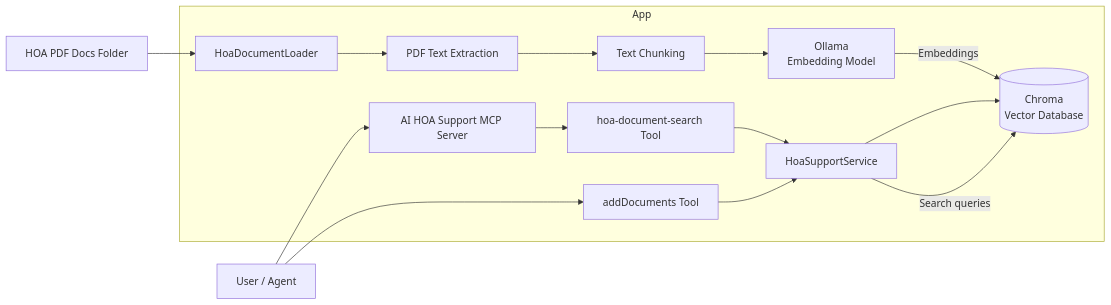
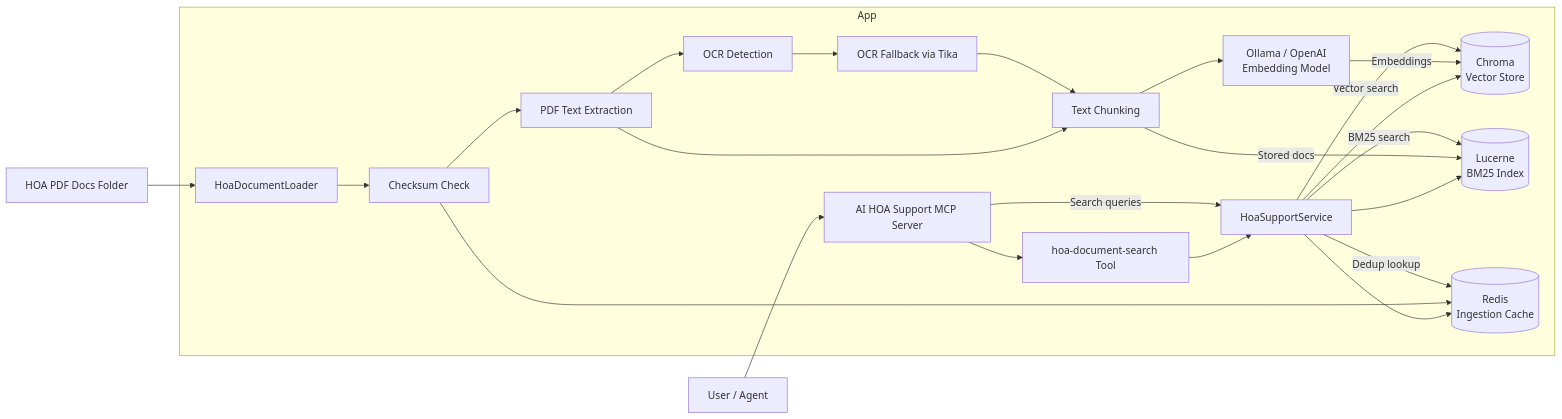
One commit to n-kishore1983/ai-hoa-support changed the diagram in README.md. Above: the diagram before and after it, drawn with Mermaid. The commit also changed other lines of this file, not shown here.

````diff
--- a/README.md
+++ b/README.md
@@ -9,29 +9,42 @@
 ```mermaid
 flowchart LR
     A[User / Agent] --> B[AI HOA Support MCP Server]
     B --> C[hoa-document-search Tool]
     C --> D[HoaSupportService]
-    D --> E[(Chroma\nVector Database)]
+    D --> E[(Chroma\nVector Store)]
+    D --> F[(Lucerne\nBM25 Index)]
+    D --> G[(Redis\nIngestion Cache)]
 
-    F[HOA PDF Docs Folder] --> G[HoaDocumentLoader]
-    G --> H[PDF Text Extraction]
-    H --> I[Text Chunking]
-    I --> J[Ollama\nEmbedding Model]
-    J -->|Embeddings| E
+    H[HOA PDF Docs Folder] --> I[HoaDocumentLoader]
+    I --> J[Checksum Check]
+    J --> G
+    J --> K[PDF Text Extraction]
+    K --> L[OCR Detection]
+    L --> M[OCR Fallback via Tika]
+    K --> N[Text Chunking]
+    M --> N
+    N --> O[Ollama / OpenAI\nEmbedding Model]
+    O -->|Embeddings| E
+    N -->|Stored docs| F
 
-    A --> K[addDocuments Tool]
-    K --> D
-    D -->|Search queries| E
+    B -->|Search queries| D
+    D -->|Vector search| E
+    D -->|BM25 search| F
+    D -->|Dedup lookup| G
 
     subgraph App
         B
         C
         D
         E
+        F
         G
-        H
         I
         J
         K
+        L
+        M
+        N
+        O
     end
 ```
````
